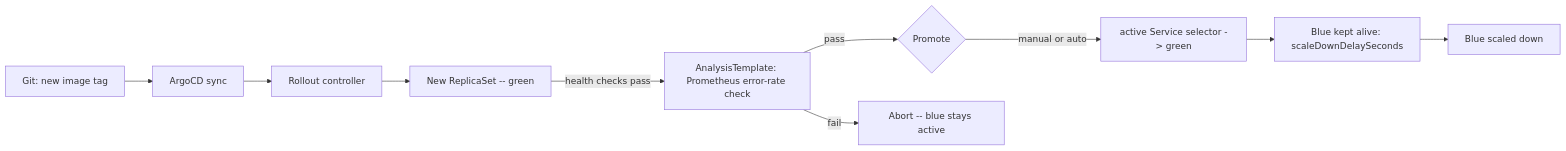
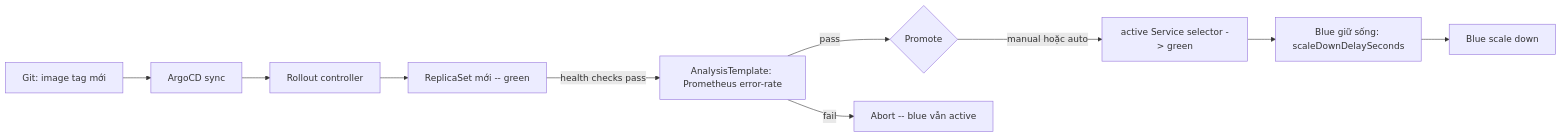
Before and after one commit to dinhtri6905/aws-eks-devsecops-platform: the diagram in blue-green_deployment.md, drawn with Mermaid. The commit also changed other lines of this file and 1 other file, not shown here.

Commit message:
rewrite argo rollout procedure

````diff
--- a/blue-green_deployment.md
+++ b/blue-green_deployment.md
@@ -28,12 +147,12 @@
 ```mermaid
 flowchart LR
-    Git[Git: new image tag] --> ArgoCD[ArgoCD sync]
+    Git[Git: image tag mới] --> ArgoCD[ArgoCD sync]
     ArgoCD --> Rollout[Rollout controller]
-    Rollout --> Green[New ReplicaSet -- green]
-    Green -->|health checks pass| Analysis[AnalysisTemplate: Prometheus error-rate check]
+    Rollout --> Green[ReplicaSet mới -- green]
+    Green -->|health checks pass| Analysis[AnalysisTemplate: Prometheus error-rate]
     Analysis -->|pass| Promote{Promote}
-    Analysis -->|fail| Abort[Abort -- blue stays active]
-    Promote -->|manual or auto| Switch[active Service selector -> green]
-    Switch --> DelayWindow[Blue kept alive: scaleDownDelaySeconds]
-    DelayWindow --> ScaleDown[Blue scaled down]
+    Analysis -->|fail| Abort[Abort -- blue vẫn active]
+    Promote -->|manual hoặc auto| Switch[active Service selector -> green]
+    Switch --> DelayWindow[Blue giữ sống: scaleDownDelaySeconds]
+    DelayWindow --> ScaleDown[Blue scale down]
 ```
````
